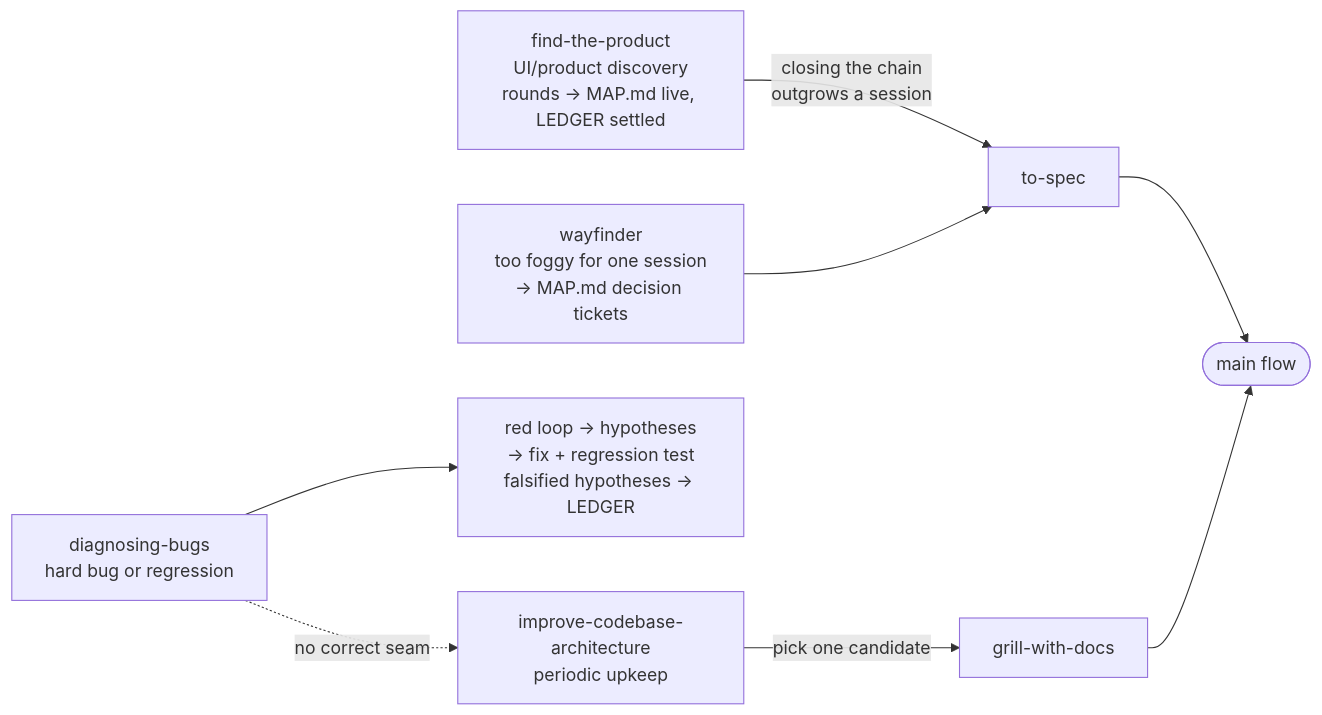
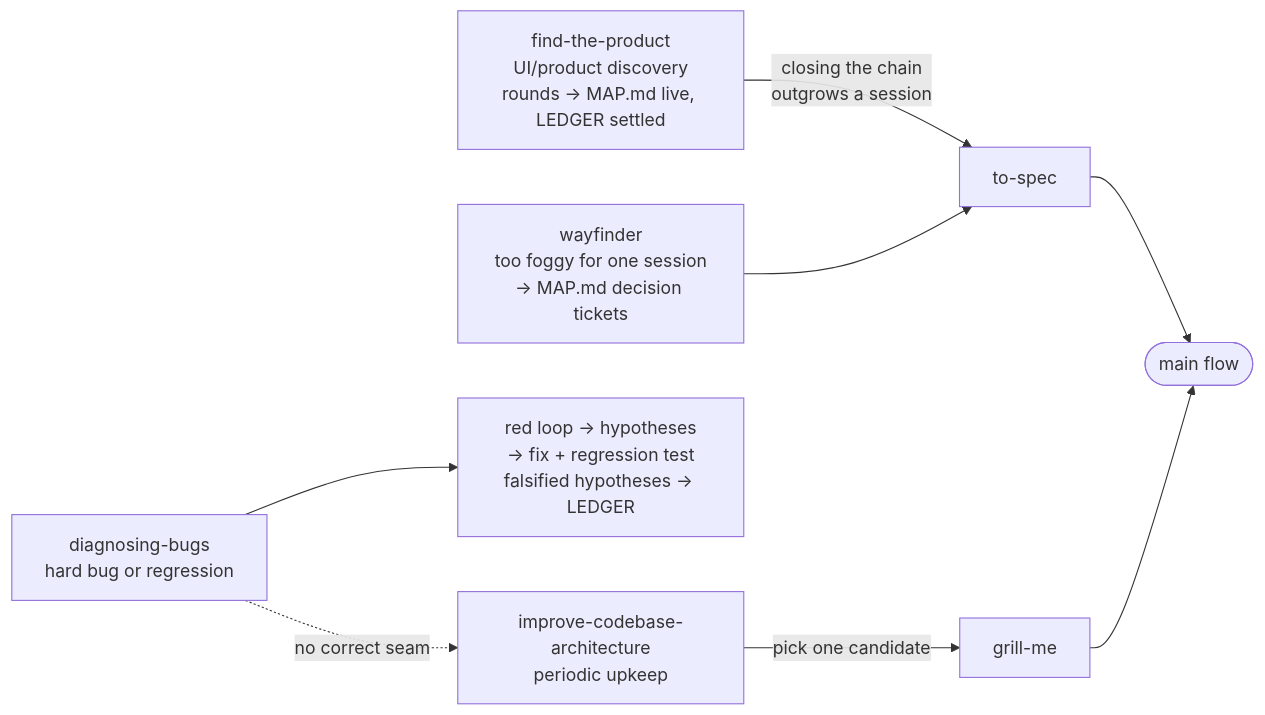
Before and after one commit to positive-energy-labs/Pe.Tools: the second of 4 diagrams in .agents/skills/index/FLOWS.md, drawn with Mermaid. The commit also changed other lines of this file and 27 other files, not shown here.

````diff
--- a/.agents/skills/index/FLOWS.md
+++ b/.agents/skills/index/FLOWS.md
@@ -22,10 +22,10 @@
 ```mermaid
 flowchart LR
     FTP["find-the-product<br/>UI/product discovery<br/>rounds → MAP.md live, LEDGER settled"] -- "closing the chain<br/>outgrows a session" --> SP2["to-spec"]
     WF["wayfinder<br/>too foggy for one session<br/>→ MAP.md decision tickets"] --> SP2
     DBG["diagnosing-bugs<br/>hard bug or regression"] --> RED["red loop → hypotheses<br/>→ fix + regression test<br/>falsified hypotheses → LEDGER"]
-    ICA["improve-codebase-architecture<br/>periodic upkeep"] -- "pick one candidate" --> GD2["grill-with-docs"]
+    ICA["improve-codebase-architecture<br/>periodic upkeep"] -- "pick one candidate" --> GD2["grill-me"]
     SP2 --> MAIN([main flow])
     GD2 --> MAIN
     DBG -. "no correct seam" .-> ICA
 ```
````
